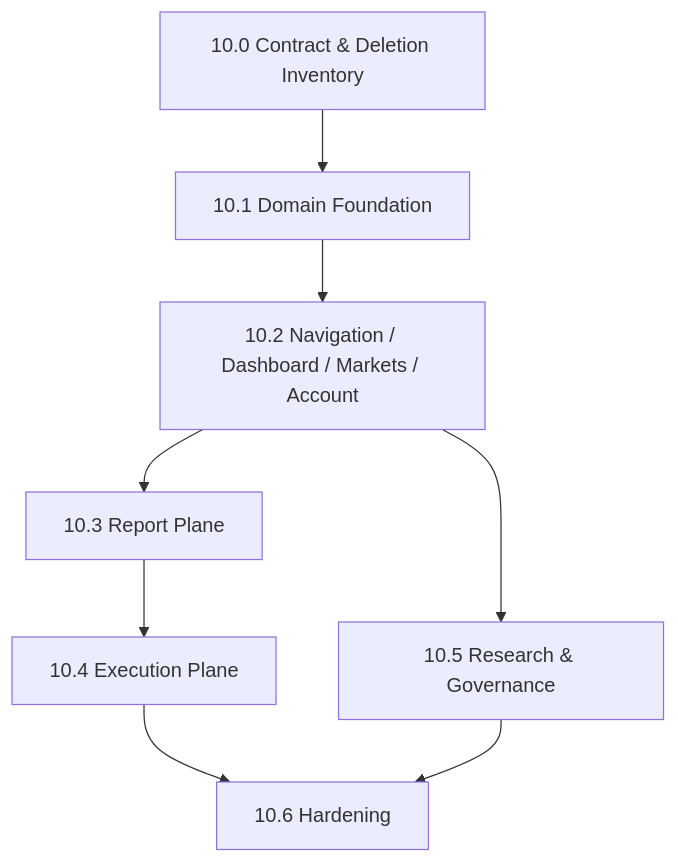
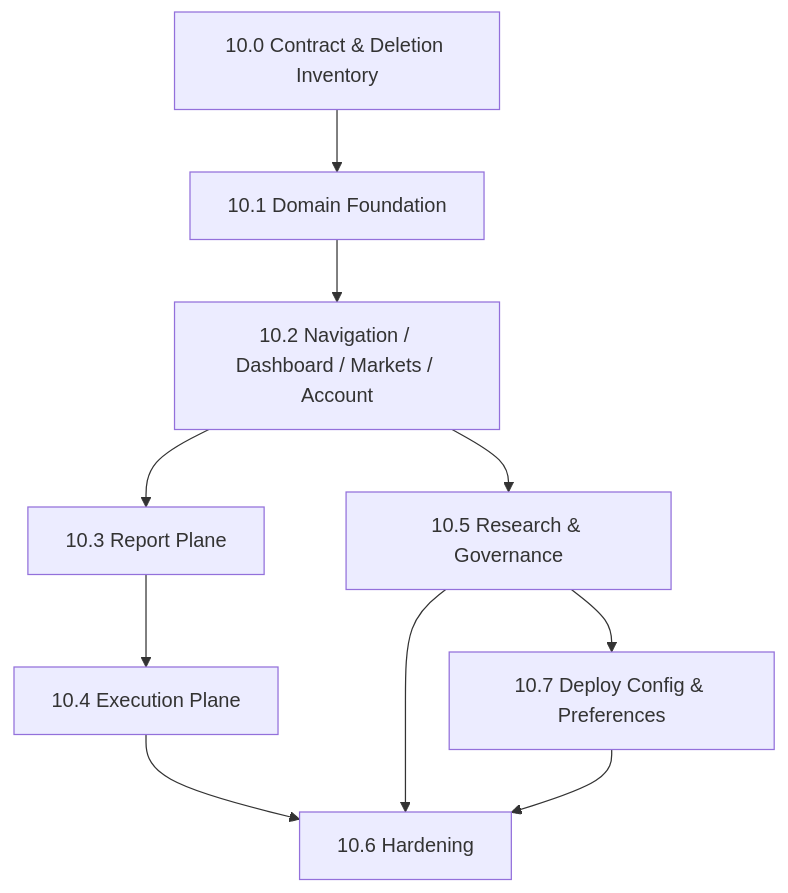
Before and after one commit to solomon-ssy/oxide-arb: the diagram in docs/plans/quant-pivot/phase-10/README.md, drawn with Mermaid. The commit also changed other lines of this file and 24 other files, not shown here.

````diff
--- a/docs/plans/quant-pivot/phase-10/README.md
+++ b/docs/plans/quant-pivot/phase-10/README.md
@@ -54,18 +55,20 @@
 ```mermaid
 flowchart TD
     P100["10.0 Contract & Deletion Inventory"]
     P101["10.1 Domain Foundation"]
     P102["10.2 Navigation / Dashboard / Markets / Account"]
     P103["10.3 Report Plane"]
     P104["10.4 Execution Plane"]
     P105["10.5 Research & Governance"]
     P106["10.6 Hardening"]
 
     P100 --> P101
     P101 --> P102
     P102 --> P103
     P103 --> P104
     P102 --> P105
     P104 --> P106
     P105 --> P106
+    P105 --> P107["10.7 Deploy Config & Preferences"]
+    P107 --> P106
 ```
````
